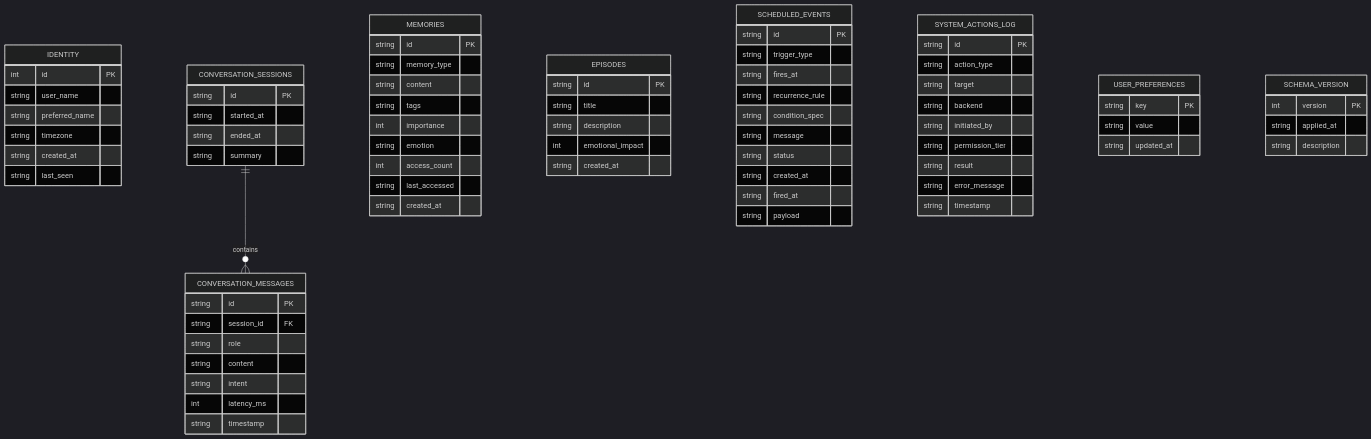
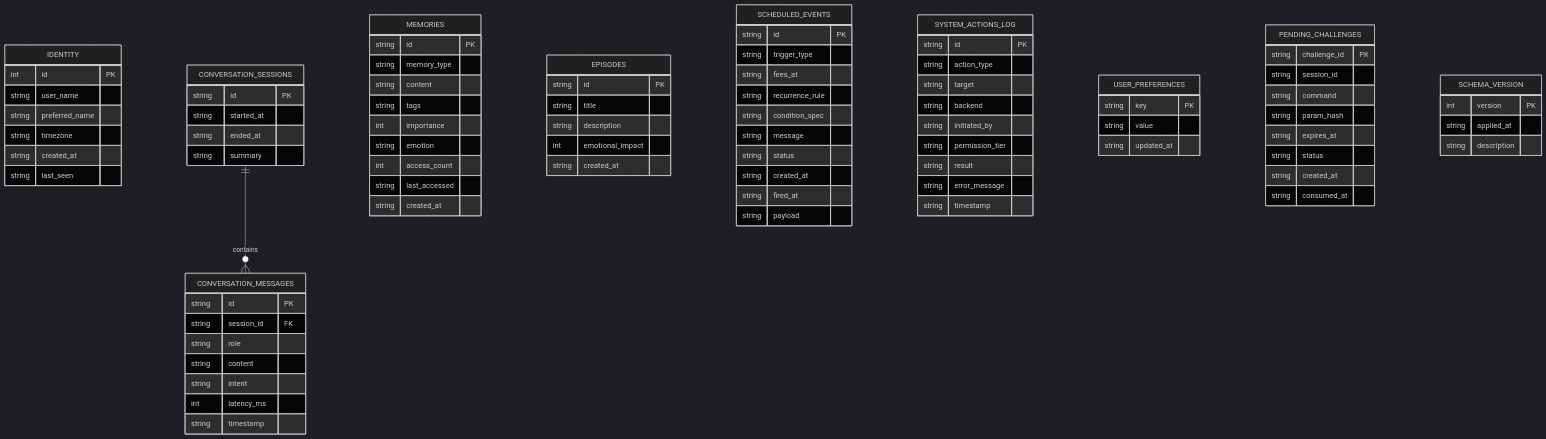
Before and after one commit to SwaritSingh0017/SereinOS: the ninth of 10 diagrams in docs/FINAL_ARCHITECTURE_BLUEPRINT.md, drawn with Mermaid (dark theme). The commit also changed other lines of this file and 5 other files, not shown here.

Commit message:
docs: finalize architecture validation, ADRs, interface contracts, security threat model, and non-destructive roadmap

```diff
--- a/docs/FINAL_ARCHITECTURE_BLUEPRINT.md
+++ b/docs/FINAL_ARCHITECTURE_BLUEPRINT.md
@@ -466,6 +495,17 @@
         string updated_at
     }
 
+    PENDING_CHALLENGES {
+        string challenge_id PK
+        string session_id
+        string command
+        string param_hash
+        string expires_at
+        string status
+        string created_at
+        string consumed_at
+    }
+
     SCHEMA_VERSION {
         int version PK
         string applied_at
```
